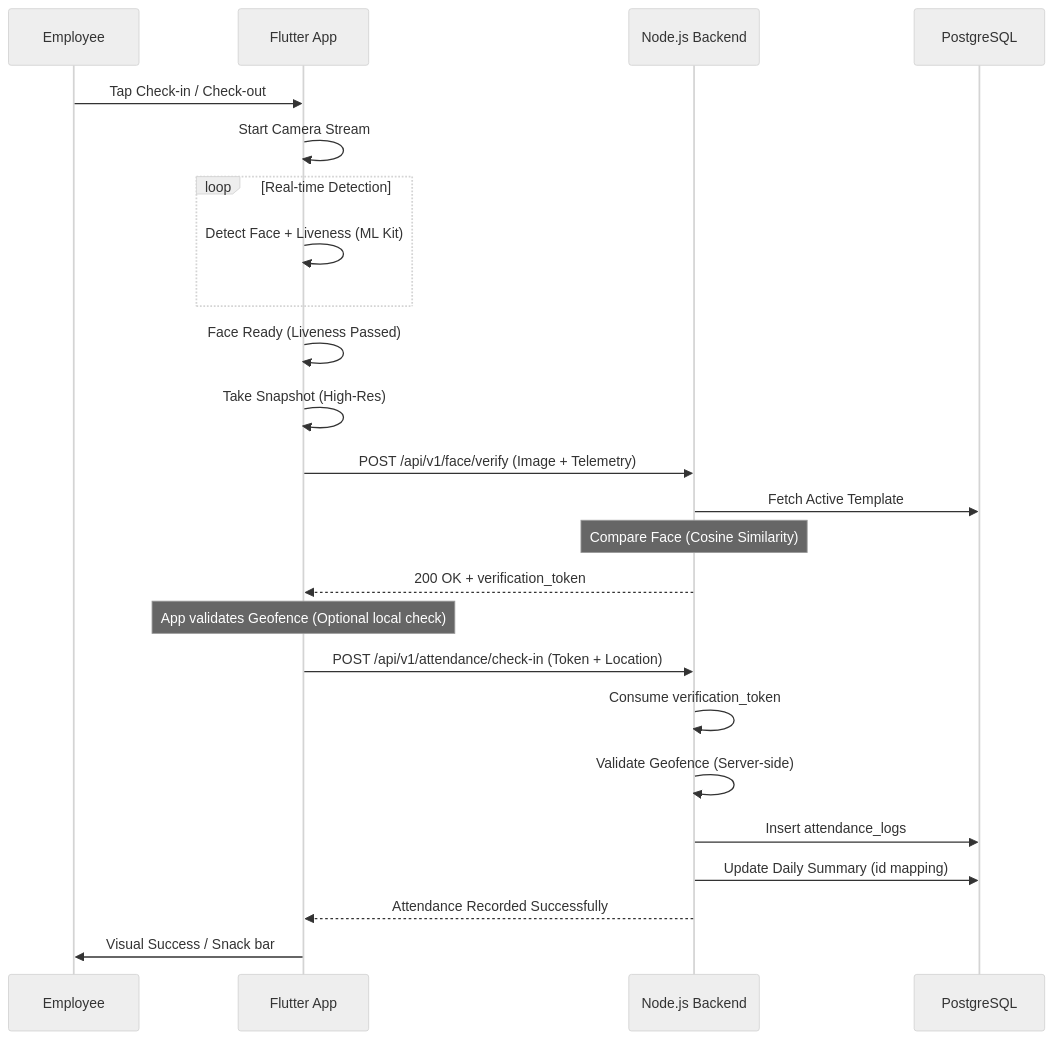
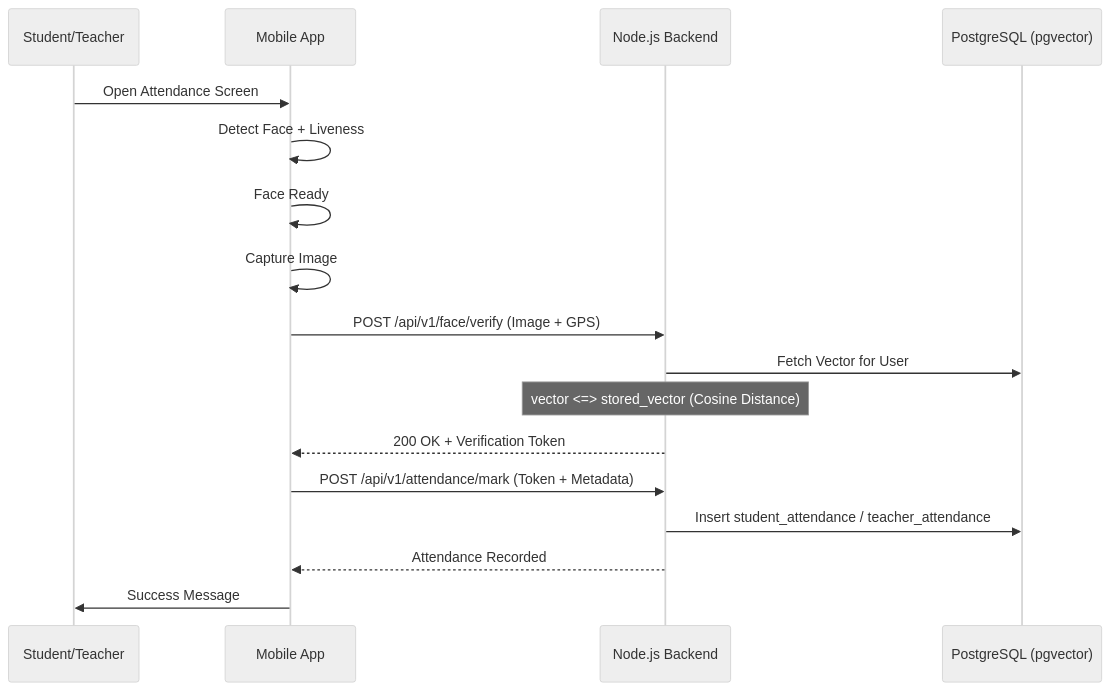
Before and after one commit to Santa8232/face_attendance_backend: the second of 2 diagrams in WORKFLOW.md, drawn with Mermaid (neutral theme). The commit also changed other lines of this file and 57 other files, not shown here.

````diff
--- a/WORKFLOW.md
+++ b/WORKFLOW.md
@@ -48,32 +45,24 @@
 ```mermaid
 sequenceDiagram
-    participant U as Employee
-    participant APP as Flutter App
+    participant U as Student/Teacher
+    participant APP as Mobile App
     participant API as Node.js Backend
-    participant DB as PostgreSQL
+    participant DB as PostgreSQL (pgvector)
 
-    U->>APP: Tap Check-in / Check-out
-    APP->>APP: Start Camera Stream
+    U->>APP: Open Attendance Screen
+    APP->>APP: Detect Face + Liveness
     
-    loop Real-time Detection
-        APP->>APP: Detect Face + Liveness (ML Kit)
-    end
+    APP->>APP: Face Ready
+    APP->>APP: Capture Image
     
-    APP->>APP: Face Ready (Liveness Passed)
-    APP->>APP: Take Snapshot (High-Res)
+    APP->>API: POST /api/v1/face/verify (Image + GPS)
+    API->>DB: Fetch Vector for User
+    Note over API: vector <=> stored_vector (Cosine Distance)
+    API-->>APP: 200 OK + Verification Token
     
-    APP->>API: POST /api/v1/face/verify (Image + Telemetry)
-    API->>DB: Fetch Active Template
-    Note over API: Compare Face (Cosine Similarity)
-    API-->>APP: 200 OK + verification_token
+    APP->>API: POST /api/v1/attendance/mark (Token + Metadata)
+    API->>DB: Insert student_attendance / teacher_attendance
     
-    Note over APP: App validates Geofence (Optional local check)
-    APP->>API: POST /api/v1/attendance/check-in (Token + Location)
-    API->>API: Consume verification_token
-    API->>API: Validate Geofence (Server-side)
-    API->>DB: Insert attendance_logs
-    API->>DB: Update Daily Summary (id mapping)
-    
-    API-->>APP: Attendance Recorded Successfully
-    APP->>U: Visual Success / Snack bar
+    API-->>APP: Attendance Recorded
+    APP->>U: Success Message
 ```
````
